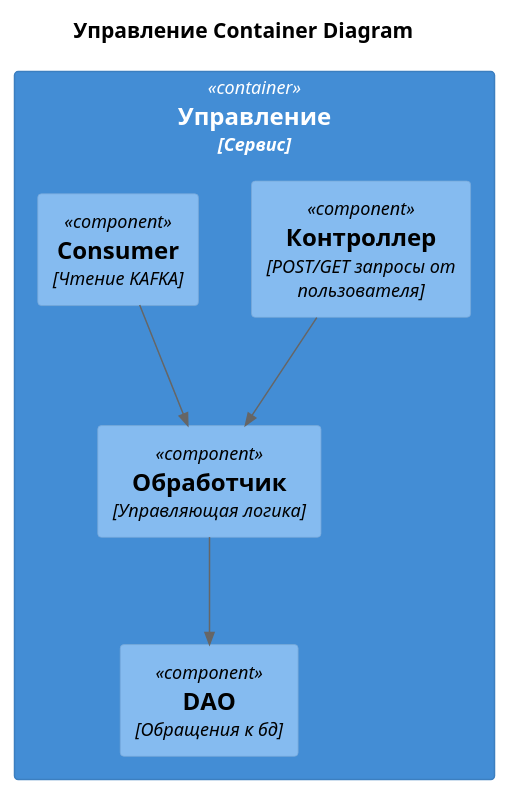
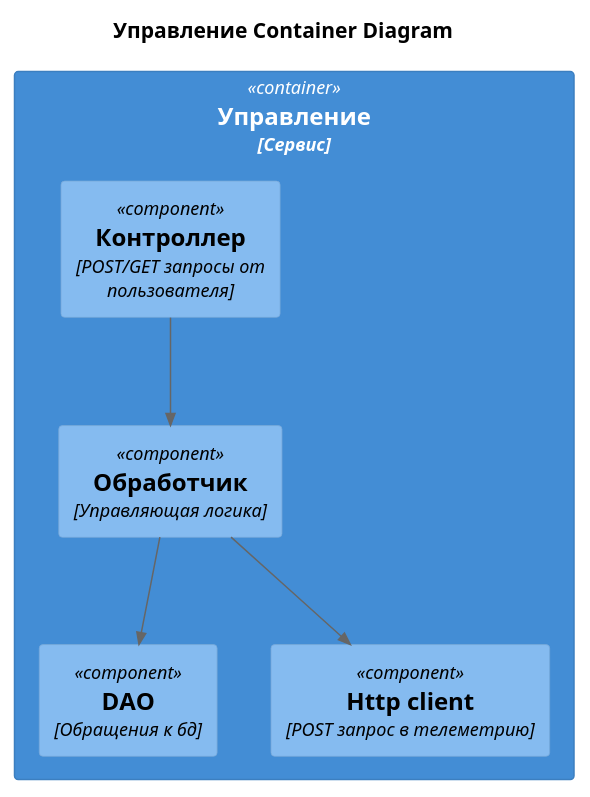
Before and after one commit to gyngazov/architecture-sprint-3: the diagram in smart-home-monolith/diagrams/component/Manager.puml, drawn with PlantUML. The commit also changed 34 other files, not shown here.

```diff
--- a/smart-home-monolith/diagrams/component/Manager.puml
+++ b/smart-home-monolith/diagrams/component/Manager.puml
@@ -1,18 +1,18 @@
 @startuml
 
 title Управление Container Diagram
 
 top to bottom direction
 
 !includeurl https://raw.githubusercontent.com/RicardoNiepel/C4-PlantUML/master/C4_Component.puml
 
 Container(vsrv, "Управление", "Сервис") {
     Component(ctrl, "Контроллер", "POST/GET запросы от пользователя")
     Component(log, "Обработчик", "Управляющая логика")
     Component(prd, "DAO", "Обращения к бд")
-    Component(cns, "Consumer", "Чтение KAFKA")
+    Component(cns, "Http client", "POST запрос в телеметрию")
 }
 Rel(ctrl, log, "")
 Rel(log, prd, "")
-Rel(cns, log, "")
+Rel(log, cns, "")
 @enduml
```
